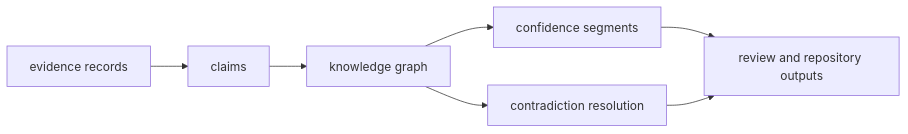
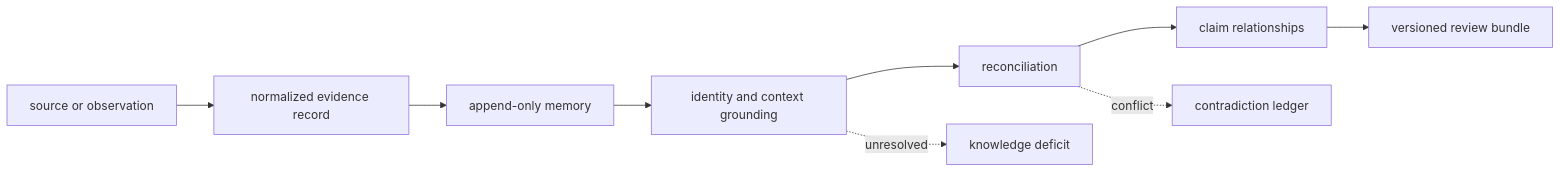
The first of 2 diagrams in docs/06-bijux-proteomics-knowledge/architecture/index.md (bijux/bijux-proteomics), drawn with Mermaid before and after one commit. The commit also changed other lines of this file and 3 other files, not shown here.

Commit message:
docs(knowledge): trace evidence from source to review

````diff
--- a/docs/06-bijux-proteomics-knowledge/architecture/index.md
+++ b/docs/06-bijux-proteomics-knowledge/architecture/index.md
@@ -17,15 +19,11 @@
 ```mermaid
 flowchart LR
-    evidence["evidence records"]
-    claims["claims"]
-    knowledge_graph["knowledge graph"]
-    confidence["confidence segments"]
-    resolution["contradiction resolution"]
-    review["review and repository outputs"]
-
-    evidence --> claims --> knowledge_graph
-    knowledge_graph --> confidence
-    knowledge_graph --> resolution
-    confidence --> review
-    resolution --> review
+    S["source or observation"] --> N["normalized evidence record"]
+    N --> M["append-only memory"]
+    M --> G["identity and context grounding"]
+    G --> R["reconciliation"]
+    R --> C["claim relationships"]
+    C --> B["versioned review bundle"]
+    R -. conflict .-> X["contradiction ledger"]
+    G -. unresolved .-> D["knowledge deficit"]
 ```
````
